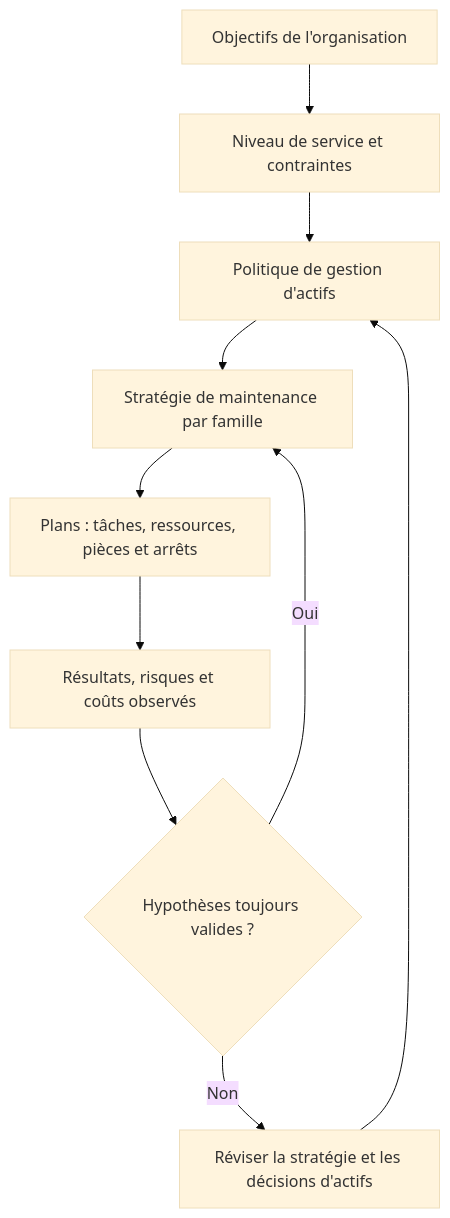
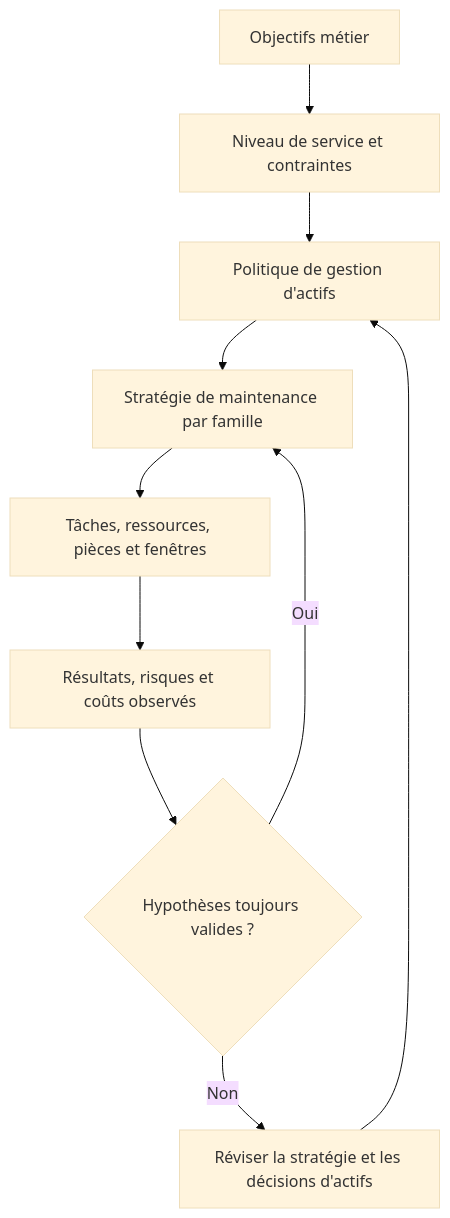
One commit to biggyseven/Skill-Tree changed the first of 16 diagrams in content/lessons/maint-strategie-expert.md. Above: the diagram before and after it, drawn with Mermaid (base theme). The commit also changed other lines of this file, not shown here.

```diff
--- a/content/lessons/maint-strategie-expert.md
+++ b/content/lessons/maint-strategie-expert.md
@@ -39,12 +39,12 @@
 ~~~mermaid
 flowchart TD
-  A["Objectifs de l'organisation"] --> B["Niveau de service et contraintes"]
+  A["Objectifs métier"] --> B["Niveau de service et contraintes"]
   B --> C["Politique de gestion d'actifs"]
   C --> D["Stratégie de maintenance par famille"]
-  D --> E["Plans : tâches, ressources, pièces et arrêts"]
+  D --> E["Tâches, ressources, pièces et fenêtres"]
   E --> F["Résultats, risques et coûts observés"]
   F --> G{"Hypothèses toujours valides ?"}
   G -- "Oui" --> D
   G -- "Non" --> H["Réviser la stratégie et les décisions d'actifs"]
   H --> C
 ~~~
```
